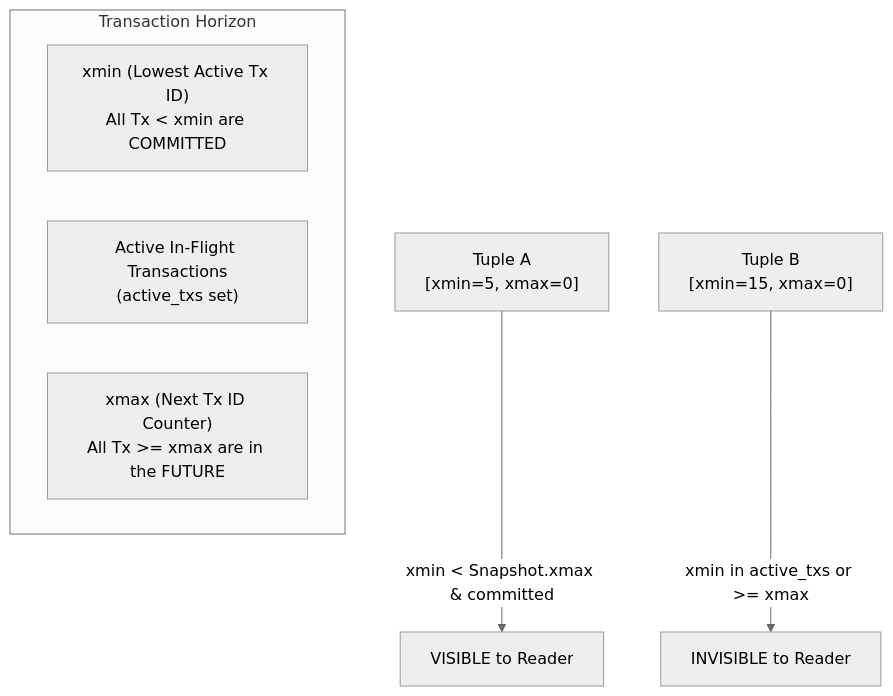
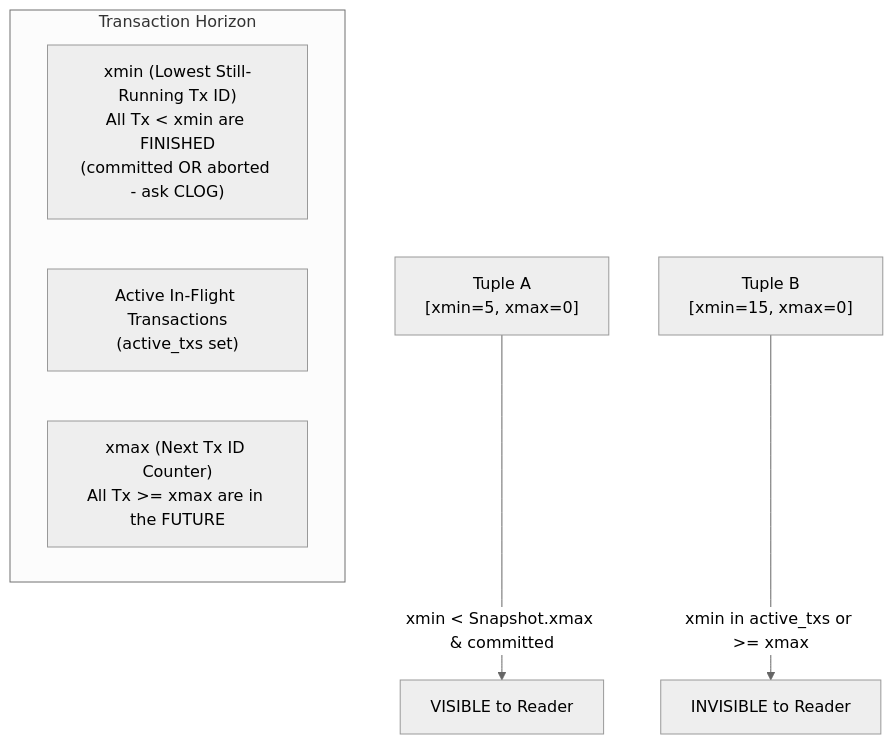
The first of 2 diagrams in notes/atlas/04-mvcc-and-snapshots.md (Nimastic/cpp-postgres), drawn with Mermaid (neutral theme) before and after one commit. The commit also changed other lines of this file and 62 other files, not shown here.

Commit message:
fix(core): remediate architecture audit findings (durability, sessions, recovery, single-gateway)

````diff
--- a/notes/atlas/04-mvcc-and-snapshots.md
+++ b/notes/atlas/04-mvcc-and-snapshots.md
@@ -12,11 +17,11 @@
 ```mermaid
 flowchart TD
     subgraph TransactionTimeline["Transaction Horizon"]
-        XMIN["xmin (Lowest Active Tx ID)\nAll Tx < xmin are COMMITTED"]
+        XMIN["xmin (Lowest Still-Running Tx ID)\nAll Tx < xmin are FINISHED\n(committed OR aborted - ask CLOG)"]
         ACTIVE["Active In-Flight Transactions\n(active_txs set)"]
         XMAX["xmax (Next Tx ID Counter)\nAll Tx >= xmax are in the FUTURE"]
     end
 
     V1["Tuple A\n[xmin=5, xmax=0]"] -->|xmin < Snapshot.xmax & committed| VISIBLE["VISIBLE to Reader"]
     V2["Tuple B\n[xmin=15, xmax=0]"] -->|xmin in active_txs or >= xmax| INVISIBLE["INVISIBLE to Reader"]
 ```
````
